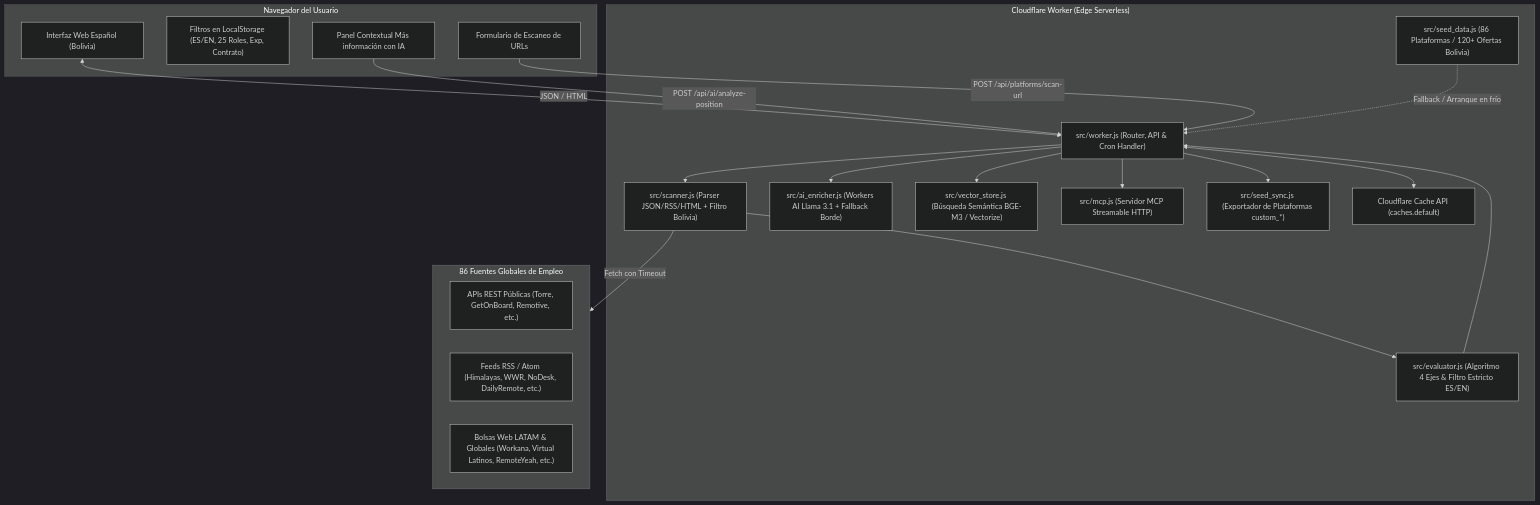
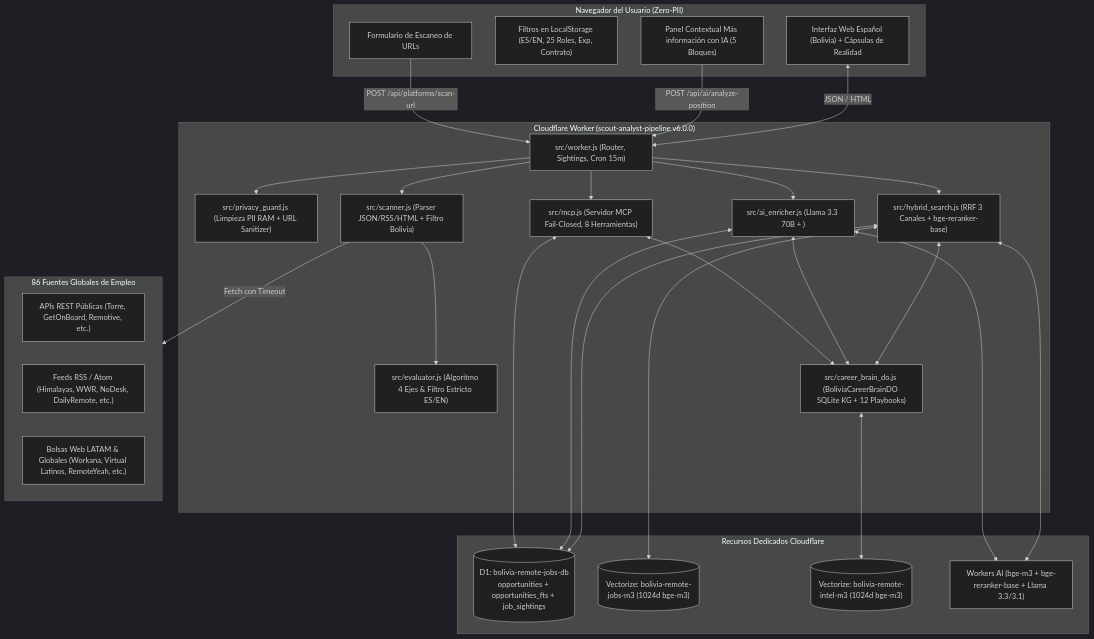
Before and after one commit to t0m-a/boliviaremote-work-website: the second of 2 diagrams in README.md, drawn with Mermaid (dark theme). The commit also changed other lines of this file and 14 other files, not shown here.

Commit message:
feat(v6.0.0): add air-gapped BoliviaCareerBrainDO, D1 FTS5, 3-channel RRF hybrid search, and grounded UI reality cards

````diff
--- a/README.md
+++ b/README.md
@@ -193,41 +195,54 @@
 ```mermaid
 flowchart TD
-    subgraph Cliente ["Navegador del Usuario"]
-        UI["Interfaz Web Español (Bolivia)"]
+    subgraph Cliente ["Navegador del Usuario (Zero-PII)"]
+        UI["Interfaz Web Español (Bolivia) + Cápsulas de Realidad"]
         Filters["Filtros en LocalStorage (ES/EN, 25 Roles, Exp, Contrato)"]
-        AiPanel["Panel Contextual Más información con IA"]
+        AiPanel["Panel Contextual Más información con IA (5 Bloques)"]
         URLScan["Formulario de Escaneo de URLs"]
     end
 
-    subgraph CFWorker ["Cloudflare Worker (Edge Serverless)"]
-        WorkerEntry["src/worker.js (Router, API & Cron Handler)"]
+    subgraph CFWorker ["Cloudflare Worker (scout-analyst-pipeline v6.0.0)"]
+        WorkerEntry["src/worker.js (Router, Sightings, Cron 15m)"]
+        PrivacyGuard["src/privacy_guard.js (Limpieza PII RAM + URL Sanitizer)"]
         ScannerEng["src/scanner.js (Parser JSON/RSS/HTML + Filtro Bolivia)"]
         EvaluatorEng["src/evaluator.js (Algoritmo 4 Ejes & Filtro Estricto ES/EN)"]
-        AiEnricher["src/ai_enricher.js (Workers AI Llama 3.1 + Fallback Borde)"]
-        VectorStore["src/vector_store.js (Búsqueda Semántica BGE-M3 / Vectorize)"]
-        McpServer["src/mcp.js (Servidor MCP Streamable HTTP)"]
-        SeedData["src/seed_data.js (86 Plataformas / 120+ Ofertas Bolivia)"]
-        SeedSync["src/seed_sync.js (Exportador de Plataformas custom_*)"]
-        EdgeCache["Cloudflare Cache API (caches.default)"]
+        HybridSearch["src/hybrid_search.js (RRF 3 Canales + bge-reranker-base)"]
+        AiEnricher["src/ai_enricher.js (Llama 3.3 70B + <bolivia_context>)"]
+        CareerBrain["src/career_brain_do.js (BoliviaCareerBrainDO SQLite KG + 12 Playbooks)"]
+        McpServer["src/mcp.js (Servidor MCP Fail-Closed, 8 Herramientas)"]
+    end
+
+    subgraph StorageCF ["Recursos Dedicados Cloudflare"]
+        D1DB[("D1: bolivia-remote-jobs-db<br/>opportunities + opportunities_fts + job_sightings")]
+        VecJobs[("Vectorize: bolivia-remote-jobs-m3 (1024d bge-m3)")]
+        VecIntel[("Vectorize: bolivia-remote-intel-m3 (1024d bge-m3)")]
+        WorkersAI["Workers AI (bge-m3 + bge-reranker-base + Llama 3.3/3.1)"]
     end
 
     subgraph Fuentes ["86 Fuentes Globales de Empleo"]
         APIs["APIs REST Públicas (Torre, GetOnBoard, Remotive, etc.)"]
         RSS["Feeds RSS / Atom (Himalayas, WWR, NoDesk, DailyRemote, etc.)"]
         HTMLPages["Bolsas Web LATAM & Globales (Workana, Virtual Latinos, RemoteYeah, etc.)"]
     end
 
     UI <-->|JSON / HTML| WorkerEntry
     AiPanel -->|POST /api/ai/analyze-position| WorkerEntry
     URLScan -->|POST /api/platforms/scan-url| WorkerEntry
+    WorkerEntry --> PrivacyGuard
     WorkerEntry --> ScannerEng
     ScannerEng -->|Fetch con Timeout| Fuentes
     ScannerEng --> EvaluatorEng
+    WorkerEntry --> HybridSearch
     WorkerEntry --> AiEnricher
-    WorkerEntry --> VectorStore
     WorkerEntry --> McpServer
-    EvaluatorEng --> WorkerEntry
-    WorkerEntry <--> EdgeCache
-    WorkerEntry --> SeedSync
-    SeedData -.->|Fallback / Arranque en frío| WorkerEntry
+    HybridSearch <--> D1DB
+    HybridSearch <--> VecJobs
+    HybridSearch <--> WorkersAI
+    HybridSearch <--> CareerBrain
+    AiEnricher <--> CareerBrain
+    AiEnricher <--> D1DB
+    AiEnricher <--> WorkersAI
+    CareerBrain <--> VecIntel
+    McpServer <--> CareerBrain
+    McpServer <--> D1DB
 ```
````
